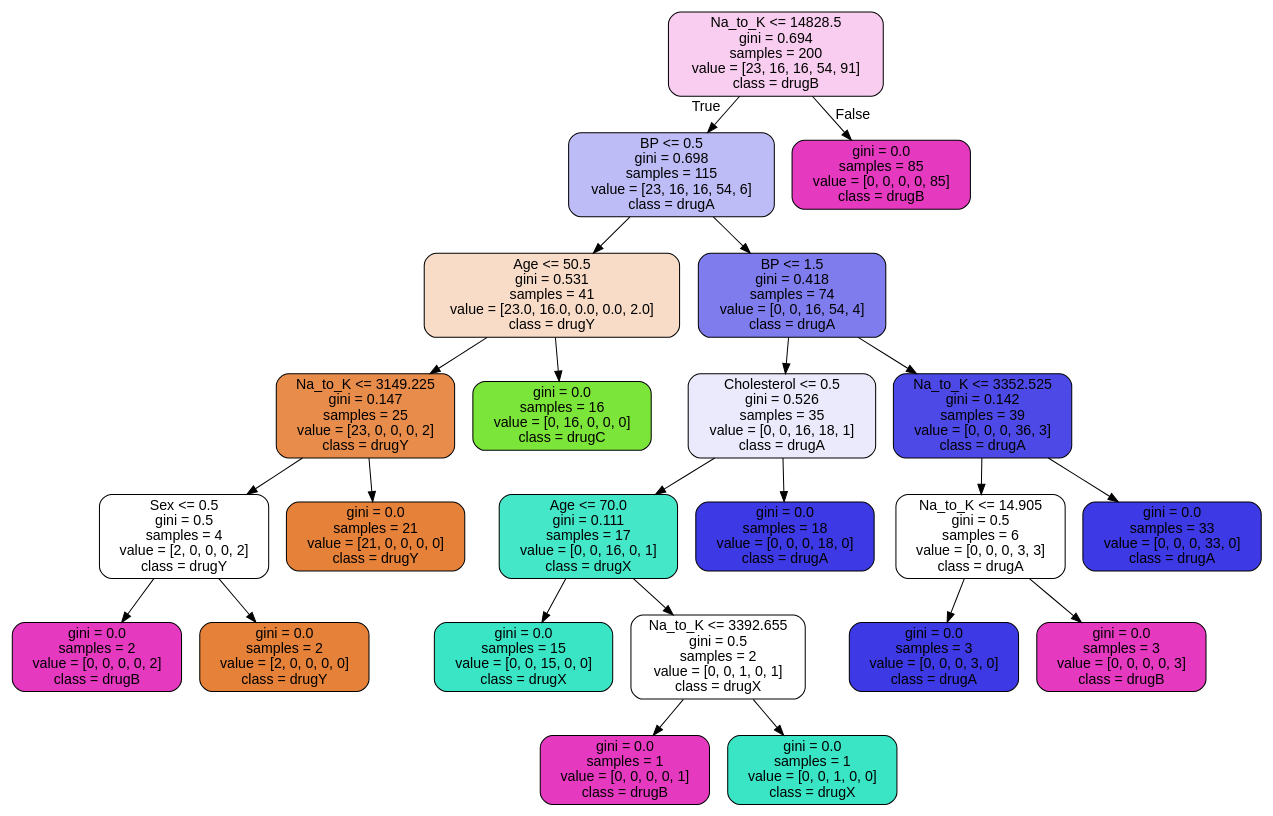
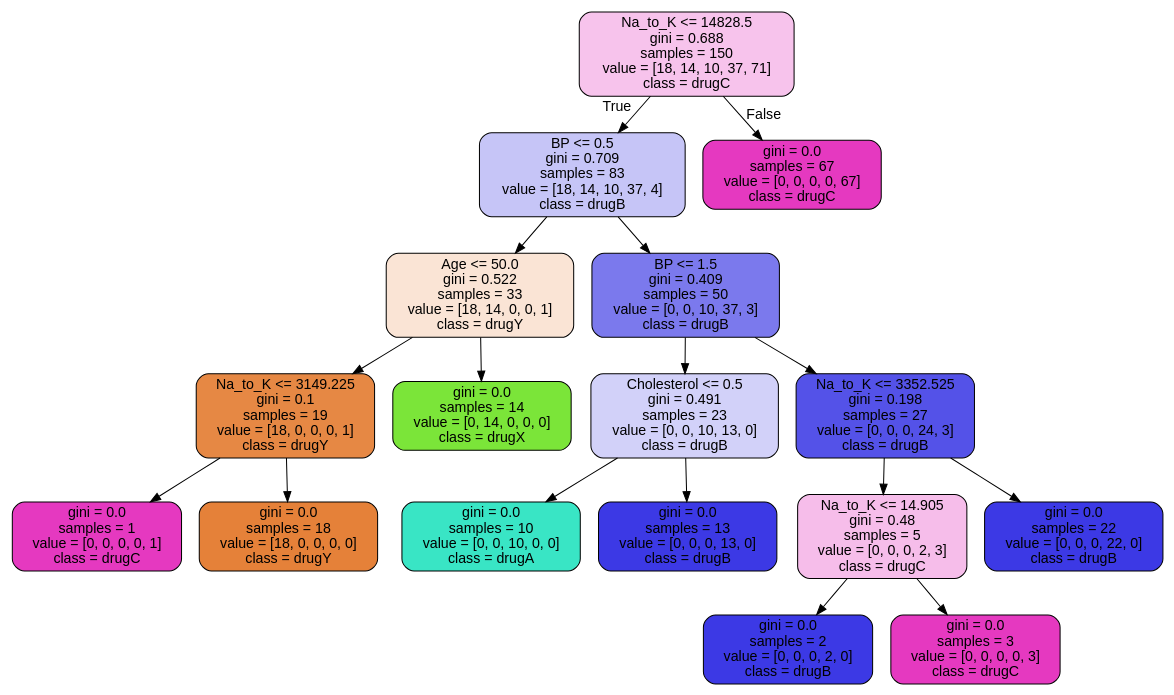
The diagram in tecnicas-multivariantes/images/arbol_clf_default.dot (pablesite/master-matematicas), drawn with Graphviz before and after one commit. The commit also changed 8 other files, not shown here.

```diff
--- a/tecnicas-multivariantes/images/arbol_clf_default.dot
+++ b/tecnicas-multivariantes/images/arbol_clf_default.dot
@@ -1,49 +1,37 @@
 digraph Tree {
 node [shape=box, style="filled, rounded", color="black", fontname="helvetica"] ;
 edge [fontname="helvetica"] ;
-0 [label="Na_to_K <= 14828.5\ngini = 0.694\nsamples = 200\nvalue = [23, 16, 16, 54, 91]\nclass = drugB", fillcolor="#f8cdef"] ;
-1 [label="BP <= 0.5\ngini = 0.698\nsamples = 115\nvalue = [23, 16, 16, 54, 6]\nclass = drugA", fillcolor="#bdbcf6"] ;
+0 [label="Na_to_K <= 14828.5\ngini = 0.688\nsamples = 150\nvalue = [18, 14, 10, 37, 71]\nclass = drugC", fillcolor="#f7c3ec"] ;
+1 [label="BP <= 0.5\ngini = 0.709\nsamples = 83\nvalue = [18, 14, 10, 37, 4]\nclass = drugB", fillcolor="#c6c5f7"] ;
 0 -> 1 [labeldistance=2.5, labelangle=45, headlabel="True"] ;
-2 [label="Age <= 50.5\ngini = 0.531\nsamples = 41\nvalue = [23.0, 16.0, 0.0, 0.0, 2.0]\nclass = drugY", fillcolor="#f8dcc8"] ;
+2 [label="Age <= 50.0\ngini = 0.522\nsamples = 33\nvalue = [18, 14, 0, 0, 1]\nclass = drugY", fillcolor="#fae4d5"] ;
 1 -> 2 ;
-3 [label="Na_to_K <= 3149.225\ngini = 0.147\nsamples = 25\nvalue = [23, 0, 0, 0, 2]\nclass = drugY", fillcolor="#e78c4a"] ;
+3 [label="Na_to_K <= 3149.225\ngini = 0.1\nsamples = 19\nvalue = [18, 0, 0, 0, 1]\nclass = drugY", fillcolor="#e68844"] ;
 2 -> 3 ;
-4 [label="Sex <= 0.5\ngini = 0.5\nsamples = 4\nvalue = [2, 0, 0, 0, 2]\nclass = drugY", fillcolor="#ffffff"] ;
+4 [label="gini = 0.0\nsamples = 1\nvalue = [0, 0, 0, 0, 1]\nclass = drugC", fillcolor="#e539c0"] ;
 3 -> 4 ;
-5 [label="gini = 0.0\nsamples = 2\nvalue = [0, 0, 0, 0, 2]\nclass = drugB", fillcolor="#e539c0"] ;
-4 -> 5 ;
-6 [label="gini = 0.0\nsamples = 2\nvalue = [2, 0, 0, 0, 0]\nclass = drugY", fillcolor="#e58139"] ;
-4 -> 6 ;
-7 [label="gini = 0.0\nsamples = 21\nvalue = [21, 0, 0, 0, 0]\nclass = drugY", fillcolor="#e58139"] ;
-3 -> 7 ;
-8 [label="gini = 0.0\nsamples = 16\nvalue = [0, 16, 0, 0, 0]\nclass = drugC", fillcolor="#7be539"] ;
-2 -> 8 ;
-9 [label="BP <= 1.5\ngini = 0.418\nsamples = 74\nvalue = [0, 0, 16, 54, 4]\nclass = drugA", fillcolor="#7f7dee"] ;
-1 -> 9 ;
-10 [label="Cholesterol <= 0.5\ngini = 0.526\nsamples = 35\nvalue = [0, 0, 16, 18, 1]\nclass = drugA", fillcolor="#eaeafc"] ;
-9 -> 10 ;
-11 [label="Age <= 70.0\ngini = 0.111\nsamples = 17\nvalue = [0, 0, 16, 0, 1]\nclass = drugX", fillcolor="#45e7c9"] ;
-10 -> 11 ;
-12 [label="gini = 0.0\nsamples = 15\nvalue = [0, 0, 15, 0, 0]\nclass = drugX", fillcolor="#39e5c5"] ;
+5 [label="gini = 0.0\nsamples = 18\nvalue = [18, 0, 0, 0, 0]\nclass = drugY", fillcolor="#e58139"] ;
+3 -> 5 ;
+6 [label="gini = 0.0\nsamples = 14\nvalue = [0, 14, 0, 0, 0]\nclass = drugX", fillcolor="#7be539"] ;
+2 -> 6 ;
+7 [label="BP <= 1.5\ngini = 0.409\nsamples = 50\nvalue = [0, 0, 10, 37, 3]\nclass = drugB", fillcolor="#7b79ed"] ;
+1 -> 7 ;
+8 [label="Cholesterol <= 0.5\ngini = 0.491\nsamples = 23\nvalue = [0, 0, 10, 13, 0]\nclass = drugB", fillcolor="#d2d1f9"] ;
+7 -> 8 ;
+9 [label="gini = 0.0\nsamples = 10\nvalue = [0, 0, 10, 0, 0]\nclass = drugA", fillcolor="#39e5c5"] ;
+8 -> 9 ;
+10 [label="gini = 0.0\nsamples = 13\nvalue = [0, 0, 0, 13, 0]\nclass = drugB", fillcolor="#3c39e5"] ;
+8 -> 10 ;
+11 [label="Na_to_K <= 3352.525\ngini = 0.198\nsamples = 27\nvalue = [0, 0, 0, 24, 3]\nclass = drugB", fillcolor="#5452e8"] ;
+7 -> 11 ;
+12 [label="Na_to_K <= 14.905\ngini = 0.48\nsamples = 5\nvalue = [0, 0, 0, 2, 3]\nclass = drugC", fillcolor="#f6bdea"] ;
 11 -> 12 ;
-13 [label="Na_to_K <= 3392.655\ngini = 0.5\nsamples = 2\nvalue = [0, 0, 1, 0, 1]\nclass = drugX", fillcolor="#ffffff"] ;
-11 -> 13 ;
-14 [label="gini = 0.0\nsamples = 1\nvalue = [0, 0, 0, 0, 1]\nclass = drugB", fillcolor="#e539c0"] ;
-13 -> 14 ;
-15 [label="gini = 0.0\nsamples = 1\nvalue = [0, 0, 1, 0, 0]\nclass = drugX", fillcolor="#39e5c5"] ;
-13 -> 15 ;
-16 [label="gini = 0.0\nsamples = 18\nvalue = [0, 0, 0, 18, 0]\nclass = drugA", fillcolor="#3c39e5"] ;
-10 -> 16 ;
-17 [label="Na_to_K <= 3352.525\ngini = 0.142\nsamples = 39\nvalue = [0, 0, 0, 36, 3]\nclass = drugA", fillcolor="#4c49e7"] ;
-9 -> 17 ;
-18 [label="Na_to_K <= 14.905\ngini = 0.5\nsamples = 6\nvalue = [0, 0, 0, 3, 3]\nclass = drugA", fillcolor="#ffffff"] ;
-17 -> 18 ;
-19 [label="gini = 0.0\nsamples = 3\nvalue = [0, 0, 0, 3, 0]\nclass = drugA", fillcolor="#3c39e5"] ;
-18 -> 19 ;
-20 [label="gini = 0.0\nsamples = 3\nvalue = [0, 0, 0, 0, 3]\nclass = drugB", fillcolor="#e539c0"] ;
-18 -> 20 ;
-21 [label="gini = 0.0\nsamples = 33\nvalue = [0, 0, 0, 33, 0]\nclass = drugA", fillcolor="#3c39e5"] ;
-17 -> 21 ;
-22 [label="gini = 0.0\nsamples = 85\nvalue = [0, 0, 0, 0, 85]\nclass = drugB", fillcolor="#e539c0"] ;
-0 -> 22 [labeldistance=2.5, labelangle=-45, headlabel="False"] ;
+13 [label="gini = 0.0\nsamples = 2\nvalue = [0, 0, 0, 2, 0]\nclass = drugB", fillcolor="#3c39e5"] ;
+12 -> 13 ;
+14 [label="gini = 0.0\nsamples = 3\nvalue = [0, 0, 0, 0, 3]\nclass = drugC", fillcolor="#e539c0"] ;
+12 -> 14 ;
+15 [label="gini = 0.0\nsamples = 22\nvalue = [0, 0, 0, 22, 0]\nclass = drugB", fillcolor="#3c39e5"] ;
+11 -> 15 ;
+16 [label="gini = 0.0\nsamples = 67\nvalue = [0, 0, 0, 0, 67]\nclass = drugC", fillcolor="#e539c0"] ;
+0 -> 16 [labeldistance=2.5, labelangle=-45, headlabel="False"] ;
 }
```
